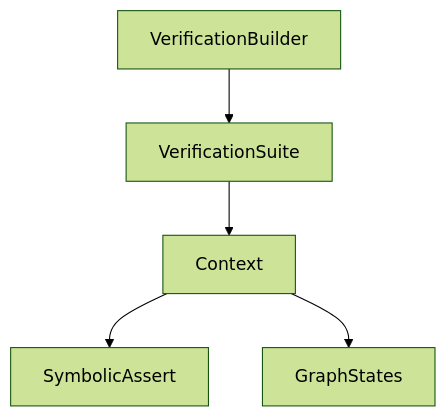
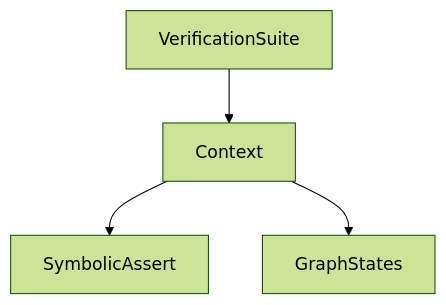
Before and after one commit to nampham2/dqx: the fourth of 13 diagrams in docs/design.md, drawn with Mermaid (forest theme). The commit also changed other lines of this file and 10 other files, not shown here.

````diff
--- a/docs/design.md
+++ b/docs/design.md
@@ -150,13 +150,11 @@
 ```mermaid
 graph TB
     Suite[VerificationSuite]
-    Builder[VerificationBuilder]
     Context[Context]
     Assert[SymbolicAssert]
     States[GraphStates]
 
-    Builder --> Suite
     Suite --> Context
     Context --> Assert
     Context --> States
 ```
````
